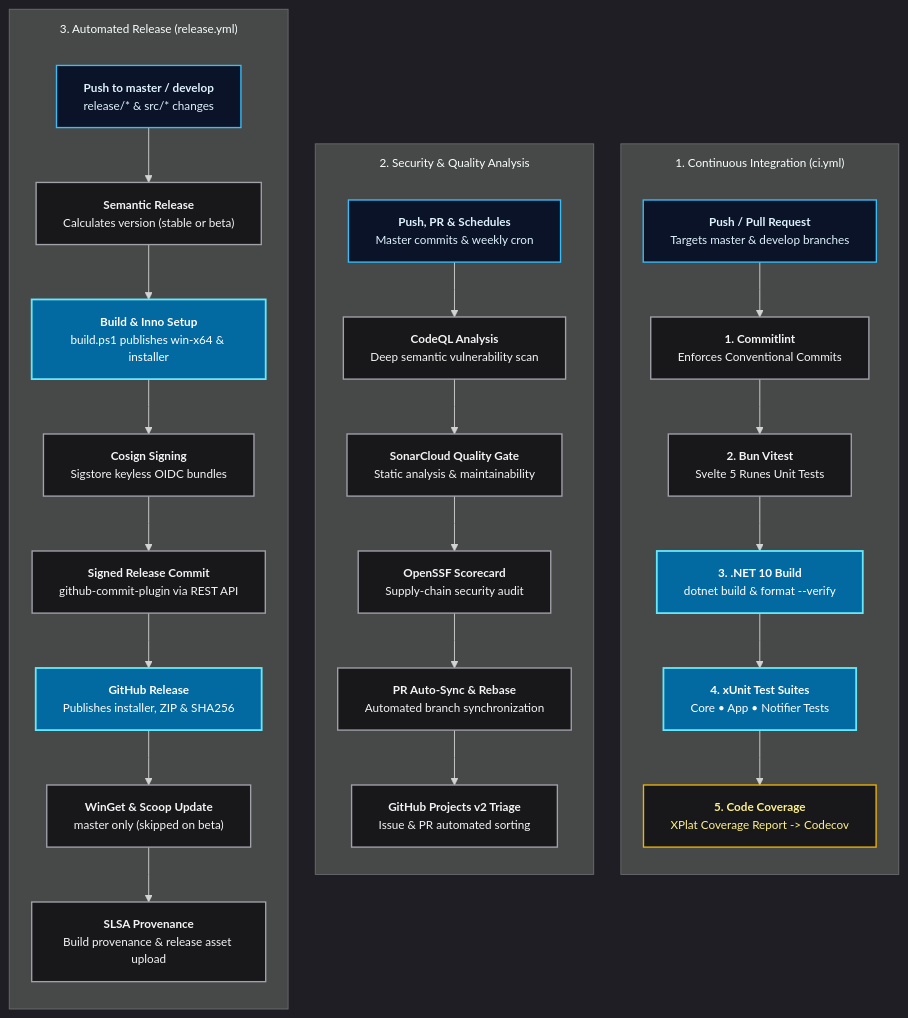
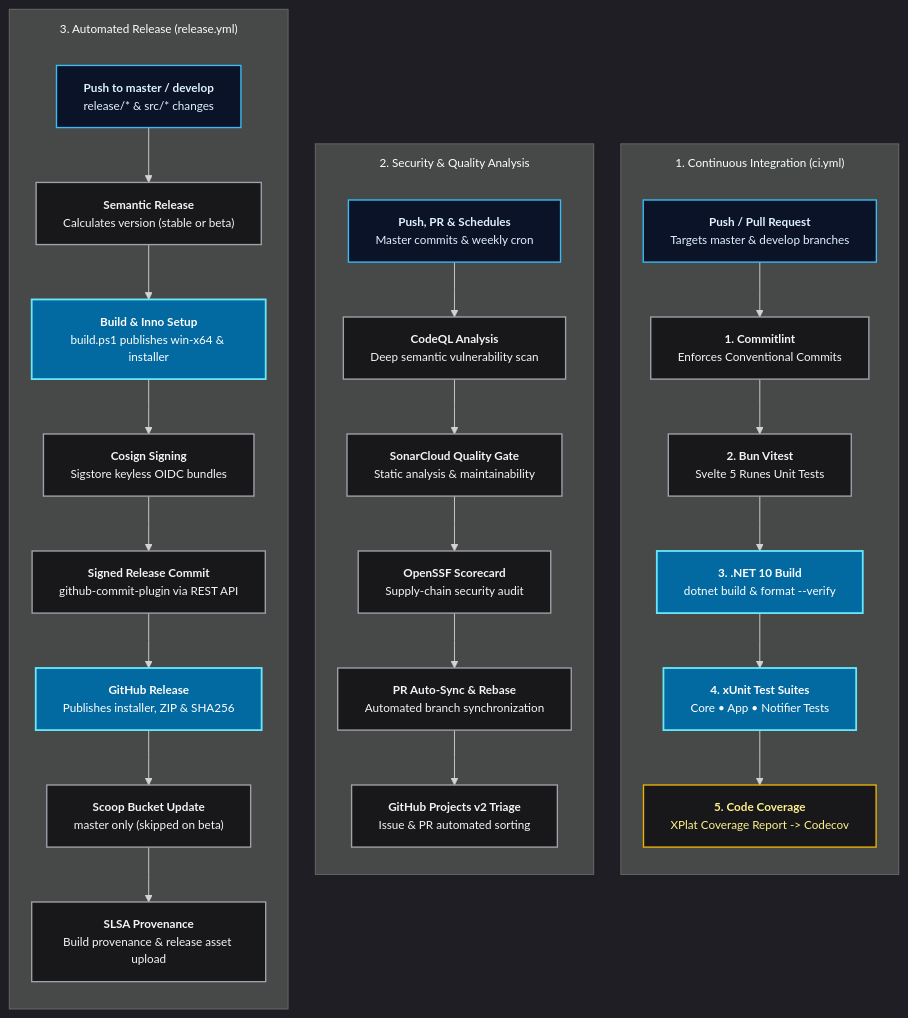
One commit to Nicconike/LocalTelemetry changed the diagram in docs/latest/developer-guide/ci-cd.md. Above: the diagram before and after it, drawn with Mermaid. The commit also changed other lines of this file and 81 other files, not shown here.

````diff
--- a/docs/latest/developer-guide/ci-cd.md
+++ b/docs/latest/developer-guide/ci-cd.md
@@ -23,68 +23,68 @@
 ```mermaid
 %%{init: {'theme': 'dark', 'themeVariables': {'fontSize': '13px'}, 'flowchart': {'nodeSpacing': 30, 'rankSpacing': 36, 'subGraphTitleMargin': {'top': 12, 'bottom': 20}, 'curve': 'linear'}}}%%
 flowchart TD
     %% COLUMN 1: CONTINUOUS INTEGRATION
     subgraph TrackCI["1. Continuous Integration (ci.yml)"]
         direction TB
         TriggerCI["<b>Push / Pull Request</b><br/>Targets master & develop branches"]
         Commitlint["<b>1. Commitlint</b><br/>Enforces Conventional Commits"]
         Vitest["<b>2. Bun Vitest</b><br/>Svelte 5 Runes Unit Tests"]
         DotNetBuild["<b>3. .NET 10 Build</b><br/>dotnet build & format --verify"]
         DotNetTest["<b>4. xUnit Test Suites</b><br/>Core • App • Notifier Tests"]
         Coverage["<b>5. Code Coverage</b><br/>XPlat Coverage Report -> Codecov"]
 
         TriggerCI --> Commitlint
         Commitlint --> Vitest
         Vitest --> DotNetBuild
         DotNetBuild --> DotNetTest
         DotNetTest --> Coverage
     end
 
     %% COLUMN 2: CODE QUALITY & SECURITY
     subgraph TrackQuality["2. Security & Quality Analysis"]
         direction TB
         TriggerQuality["<b>Push, PR & Schedules</b><br/>Master commits & weekly cron"]
         CodeQL["<b>CodeQL Analysis</b><br/>Deep semantic vulnerability scan"]
         Sonar["<b>SonarCloud Quality Gate</b><br/>Static analysis & maintainability"]
         Scorecard["<b>OpenSSF Scorecard</b><br/>Supply-chain security audit"]
         SyncPR["<b>PR Auto-Sync & Rebase</b><br/>Automated branch synchronization"]
         Triage["<b>GitHub Projects v2 Triage</b><br/>Issue & PR automated sorting"]
 
         TriggerQuality --> CodeQL
         CodeQL --> Sonar
         Sonar --> Scorecard
         Scorecard --> SyncPR
         SyncPR --> Triage
     end
 
     %% COLUMN 3: AUTOMATED RELEASE PIPELINE
     subgraph TrackRelease["3. Automated Release (release.yml)"]
         direction TB
         TriggerRelease["<b>Push to master / develop</b><br/>release/* & src/* changes"]
         SemRel["<b>Semantic Release</b><br/>Calculates version (stable or beta)"]
         BuildPkg["<b>Build & Inno Setup</b><br/>build.ps1 publishes win-x64 & installer"]
         CosignSign["<b>Cosign Signing</b><br/>Sigstore keyless OIDC bundles"]
         SignedCommit["<b>Signed Release Commit</b><br/>github-commit-plugin via REST API"]
         GHRelease["<b>GitHub Release</b><br/>Publishes installer, ZIP & SHA256"]
-        WinGet["<b>WinGet & Scoop Update</b><br/>master only (skipped on beta)"]
+        Scoop["<b>Scoop Bucket Update</b><br/>master only (skipped on beta)"]
         Attestation["<b>SLSA Provenance</b><br/>Build provenance & release asset upload"]
 
         TriggerRelease --> SemRel
         SemRel --> BuildPkg
         BuildPkg --> CosignSign
         CosignSign --> SignedCommit
         SignedCommit --> GHRelease
-        GHRelease --> WinGet
-        WinGet --> Attestation
+        GHRelease --> Scoop
+        Scoop --> Attestation
     end
 
     class TriggerCI,TriggerQuality,TriggerRelease triggerNode
-    class Commitlint,Vitest,CodeQL,Sonar,Scorecard,SyncPR,Triage,SemRel,CosignSign,SignedCommit,WinGet,Attestation stepNode
+    class Commitlint,Vitest,CodeQL,Sonar,Scorecard,SyncPR,Triage,SemRel,CosignSign,SignedCommit,Scoop,Attestation stepNode
     class DotNetBuild,DotNetTest,BuildPkg,GHRelease buildNode
     class Coverage dataNode
 
     classDef triggerNode fill:#0b1329,stroke:#38bdf8,stroke-width:1.5px,color:#e0f2fe
     classDef stepNode fill:#18181b,stroke:#a1a1aa,stroke-width:1.5px,color:#f4f4f5
     classDef buildNode fill:#0369a1,stroke:#67e8f9,stroke-width:2px,color:#ffffff
     classDef dataNode fill:#18181b,stroke:#eab308,stroke-width:1.5px,color:#fef08a
 ```
````
